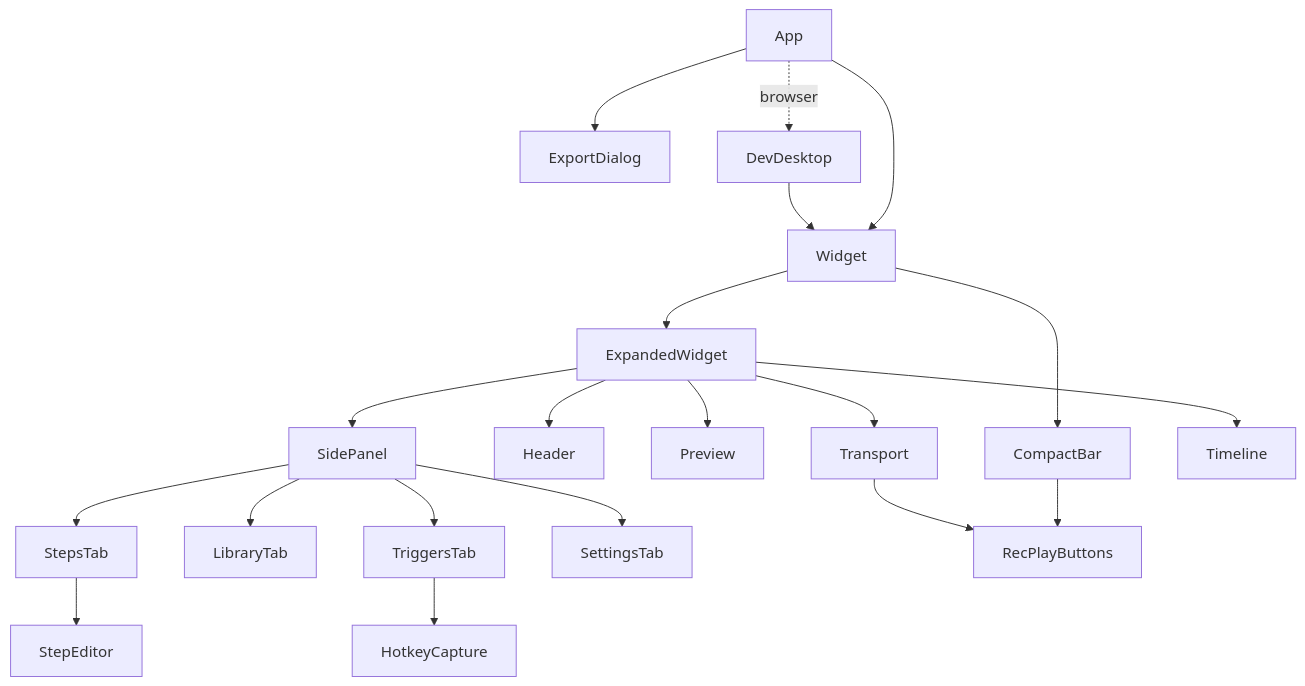
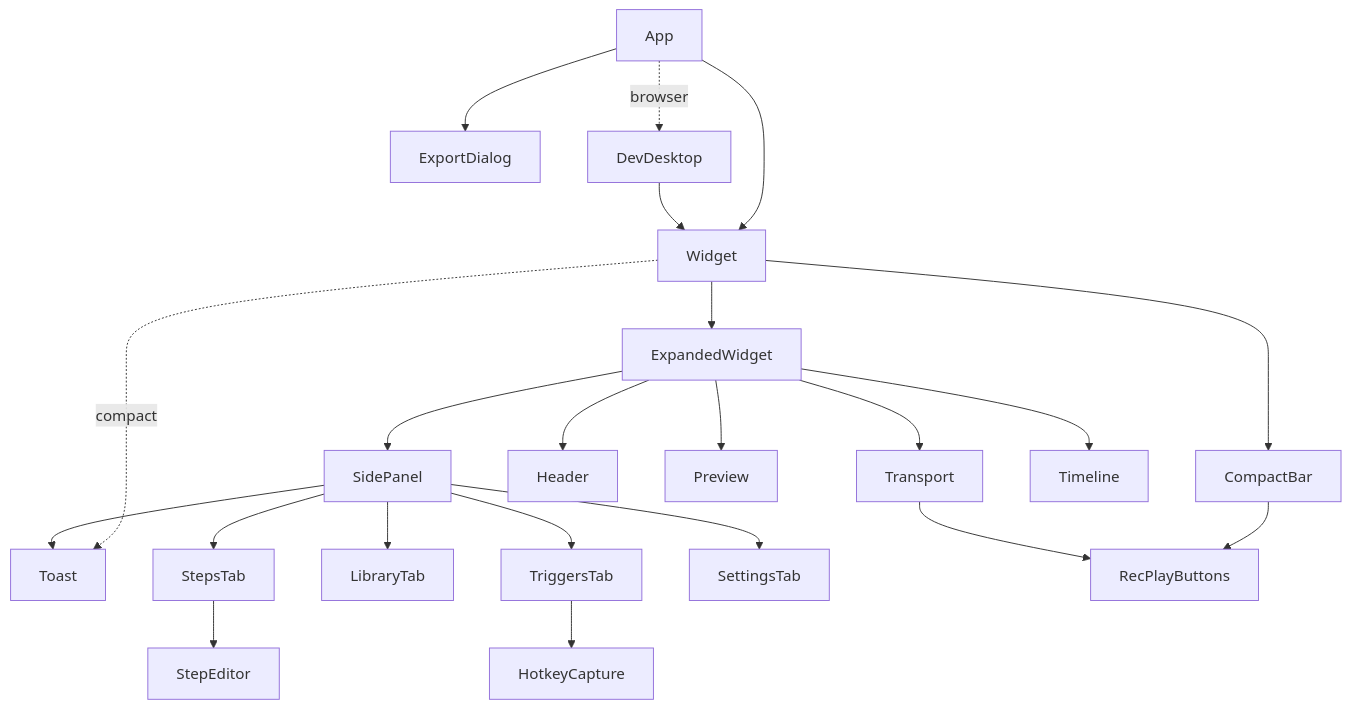
The diagram in docs/engineering/frontend.md (HappyRave/Relay), drawn with Mermaid before and after one commit. The commit also changed other lines of this file and 8 other files, not shown here.

Commit message:
docs: the refactored architecture (hotkeys on the main thread, playback generations, hook press tracking, async-result guards, and more)

````diff
--- a/docs/engineering/frontend.md
+++ b/docs/engineering/frontend.md
@@ -109,18 +117,20 @@
 ```mermaid
 flowchart TD
     App --> Widget
     App --> ExportDialog
     App -.browser.-> DevDesktop --> Widget
     Widget --> CompactBar
     Widget --> ExpandedWidget
+    Widget -.compact.-> Toast
+    SidePanel --> Toast
     ExpandedWidget --> Header
     ExpandedWidget --> Preview
     ExpandedWidget --> SidePanel
     ExpandedWidget --> Transport
     ExpandedWidget --> Timeline
     SidePanel --> StepsTab --> StepEditor
     SidePanel --> LibraryTab
     SidePanel --> TriggersTab --> HotkeyCapture
     SidePanel --> SettingsTab
     CompactBar & Transport --> RecPlayButtons
 ```
````
